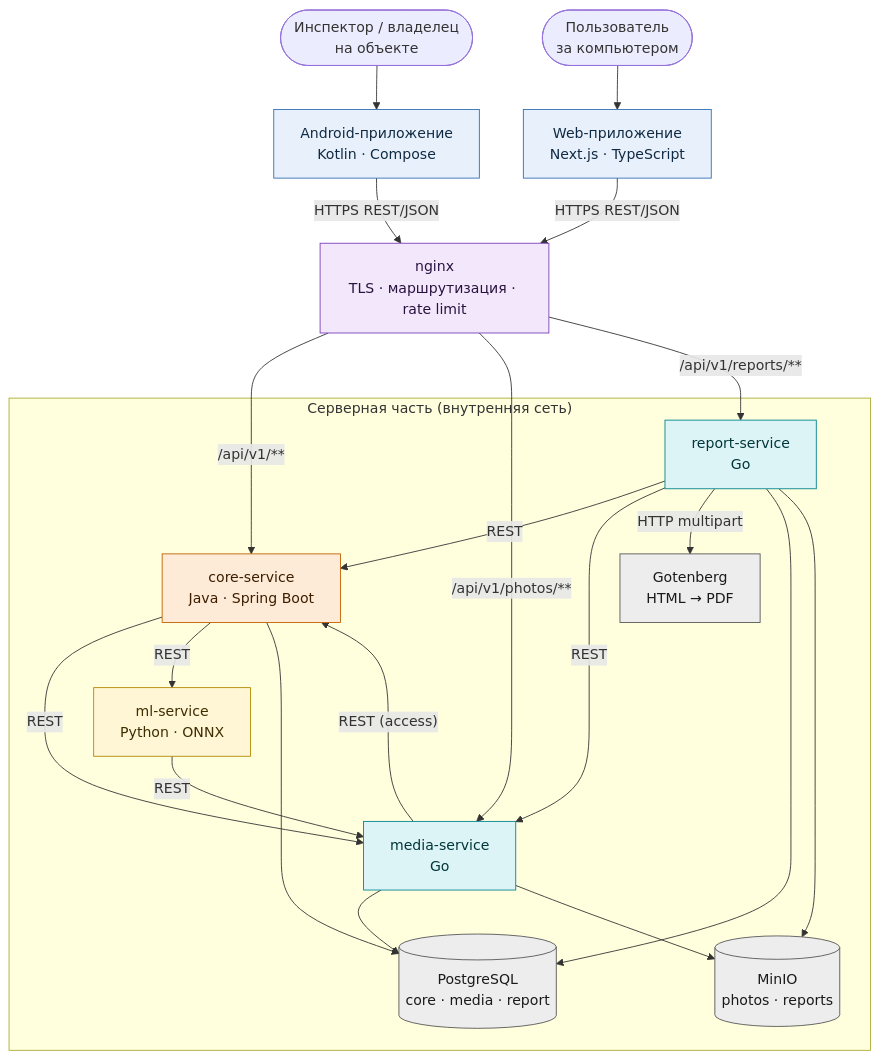
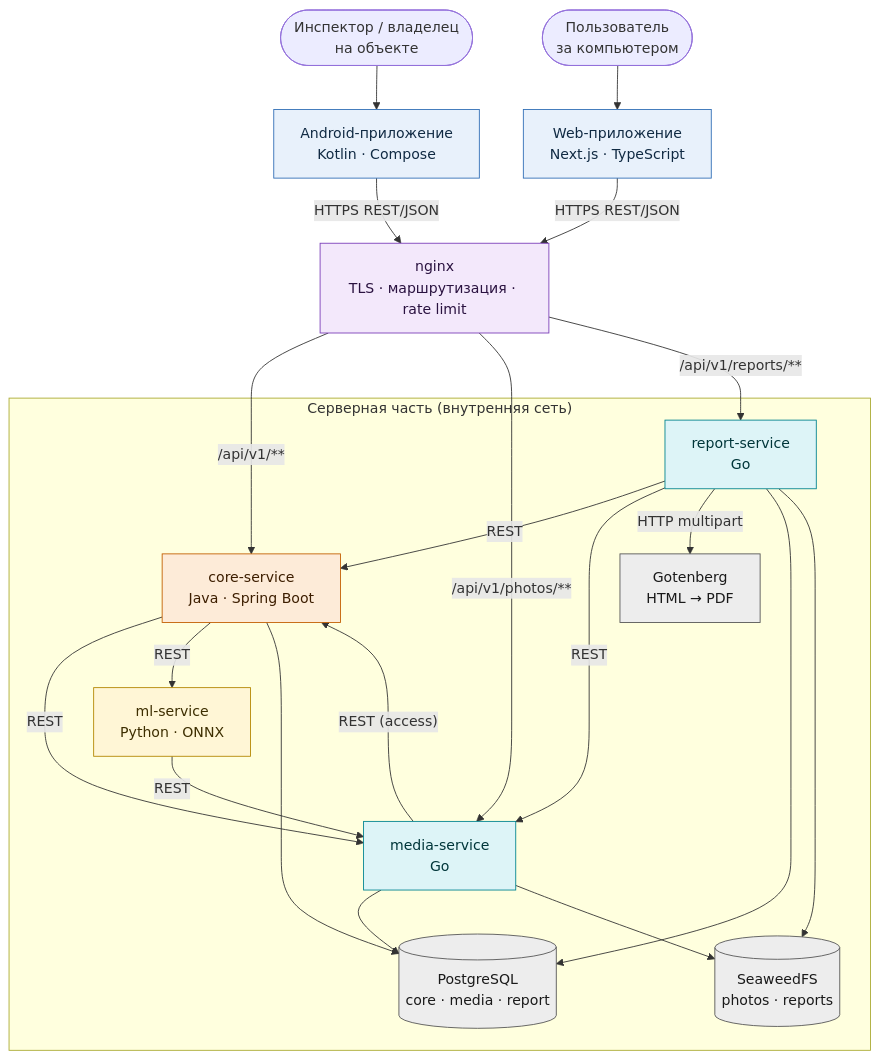
One commit to inspecto-system/platform changed the diagram in docs/architecture/diagrams/system-context.mmd. Above: the diagram before and after it, drawn with Mermaid. The commit also changed 34 other files, not shown here.

```diff
--- a/docs/architecture/diagrams/system-context.mmd
+++ b/docs/architecture/diagrams/system-context.mmd
@@ -1,43 +1,43 @@
 flowchart TB
     classDef client fill:#E8F1FB,stroke:#2F6DB5,color:#102A43
     classDef edge fill:#F3E8FB,stroke:#7A3DB8,color:#2A1240
     classDef java fill:#FDEBD8,stroke:#C25E00,color:#3D1E00
     classDef go fill:#DDF4F7,stroke:#00838F,color:#00363A
     classDef py fill:#FFF6D6,stroke:#B38600,color:#3D2E00
     classDef store fill:#EDEDED,stroke:#555555,color:#1A1A1A
 
     U1(["Инспектор / владелец<br/>на объекте"])
     U2(["Пользователь<br/>за компьютером"])
     A["Android-приложение<br/>Kotlin · Compose"]:::client
     W["Web-приложение<br/>Next.js · TypeScript"]:::client
     N["nginx<br/>TLS · маршрутизация · rate limit"]:::edge
 
     subgraph BE["Серверная часть (внутренняя сеть)"]
         C["core-service<br/>Java · Spring Boot"]:::java
         M["media-service<br/>Go"]:::go
         R["report-service<br/>Go"]:::go
         ML["ml-service<br/>Python · ONNX"]:::py
         G["Gotenberg<br/>HTML → PDF"]:::store
         PG[("PostgreSQL<br/>core · media · report")]:::store
-        S3[("MinIO<br/>photos · reports")]:::store
+        S3[("SeaweedFS<br/>photos · reports")]:::store
     end
 
     U1 --> A
     U2 --> W
     A -- "HTTPS REST/JSON" --> N
     W -- "HTTPS REST/JSON" --> N
     N -- "/api/v1/**" --> C
     N -- "/api/v1/photos/**" --> M
     N -- "/api/v1/reports/**" --> R
     C -- "REST" --> M
     C -- "REST" --> ML
     R -- "REST" --> C
     R -- "REST" --> M
     ML -- "REST" --> M
     M -- "REST (access)" --> C
     R -- "HTTP multipart" --> G
     C --> PG
     M --> PG
     R --> PG
     M --> S3
     R --> S3
```
